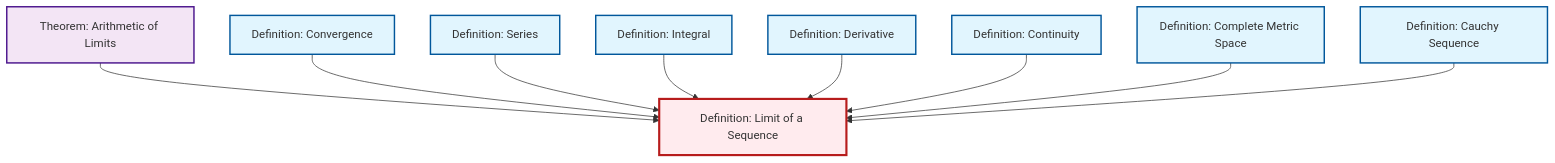
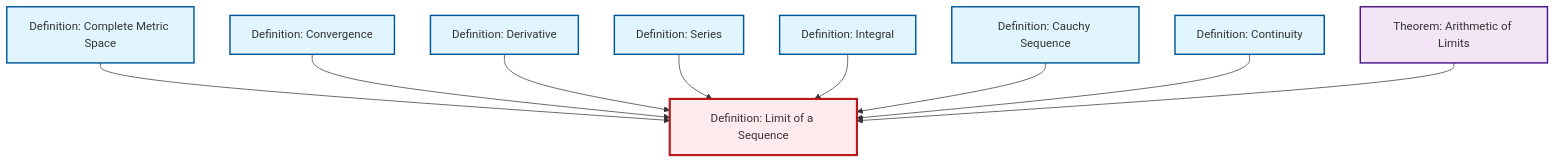
The diagram in content/en/analysis/def-limit.qmd (RK0429/ModernMath), drawn with Mermaid before and after one commit. The commit also changed other lines of this file and 672 other files, not shown here.

````diff
--- a/content/en/analysis/def-limit.qmd
+++ b/content/en/analysis/def-limit.qmd
@@ -48,35 +48,35 @@
 ```{mermaid}
 %%| fig-cap: "Local dependency graph"
 graph TD
     classDef definition fill:#e1f5fe,stroke:#01579b,stroke-width:2px
     classDef theorem fill:#f3e5f5,stroke:#4a148c,stroke-width:2px
     classDef axiom fill:#fff3e0,stroke:#e65100,stroke-width:2px
     classDef example fill:#e8f5e9,stroke:#1b5e20,stroke-width:2px
     classDef current fill:#ffebee,stroke:#b71c1c,stroke-width:3px
+    def-cauchy-sequence["Definition: Cauchy Sequence"]:::definition
     def-limit["Definition: Limit of a Sequence"]:::definition
+    def-derivative["Definition: Derivative"]:::definition
+    def-convergence["Definition: Convergence"]:::definition
+    def-complete-metric-space["Definition: Complete Metric Space"]:::definition
+    def-series["Definition: Series"]:::definition
+    thm-limit-arithmetic["Theorem: Arithmetic of Limits"]:::theorem
+    def-integral["Definition: Integral"]:::definition
     def-continuity["Definition: Continuity"]:::definition
-    def-complete-metric-space["Definition: Complete Metric Space"]:::definition
-    def-derivative["Definition: Derivative"]:::definition
-    def-series["Definition: Series"]:::definition
-    def-convergence["Definition: Convergence"]:::definition
-    def-integral["Definition: Integral"]:::definition
-    def-cauchy-sequence["Definition: Cauchy Sequence"]:::definition
-    thm-limit-arithmetic["Theorem: Arithmetic of Limits"]:::theorem
-    thm-limit-arithmetic --> def-limit
+    def-complete-metric-space --> def-limit
     def-convergence --> def-limit
+    def-derivative --> def-limit
     def-series --> def-limit
     def-integral --> def-limit
-    def-derivative --> def-limit
+    def-cauchy-sequence --> def-limit
     def-continuity --> def-limit
-    def-complete-metric-space --> def-limit
-    def-cauchy-sequence --> def-limit
+    thm-limit-arithmetic --> def-limit
     class def-limit current
+    click def-cauchy-sequence "def-cauchy-sequence.html" "Go to Cauchy Sequence definition"
+    click def-derivative "def-derivative.html" "Go to Derivative definition"
+    click def-convergence "def-convergence.html" "Go to Convergence definition"
+    click def-complete-metric-space "def-complete-metric-space.html" "Go to Complete Metric Space definition"
+    click def-series "def-series.html" "Go to Series definition"
+    click thm-limit-arithmetic "thm-limit-arithmetic.html" "Go to Arithmetic of Limits theorem"
+    click def-integral "def-integral.html" "Go to Integral definition"
     click def-continuity "def-continuity.html" "Go to Continuity definition"
-    click def-complete-metric-space "def-complete-metric-space.html" "Go to Complete Metric Space definition"
-    click def-derivative "def-derivative.html" "Go to Derivative definition"
-    click def-series "def-series.html" "Go to Series definition"
-    click def-convergence "def-convergence.html" "Go to Convergence definition"
-    click def-integral "def-integral.html" "Go to Integral definition"
-    click def-cauchy-sequence "def-cauchy-sequence.html" "Go to Cauchy Sequence definition"
-    click thm-limit-arithmetic "thm-limit-arithmetic.html" "Go to Arithmetic of Limits theorem"
 ```
````
